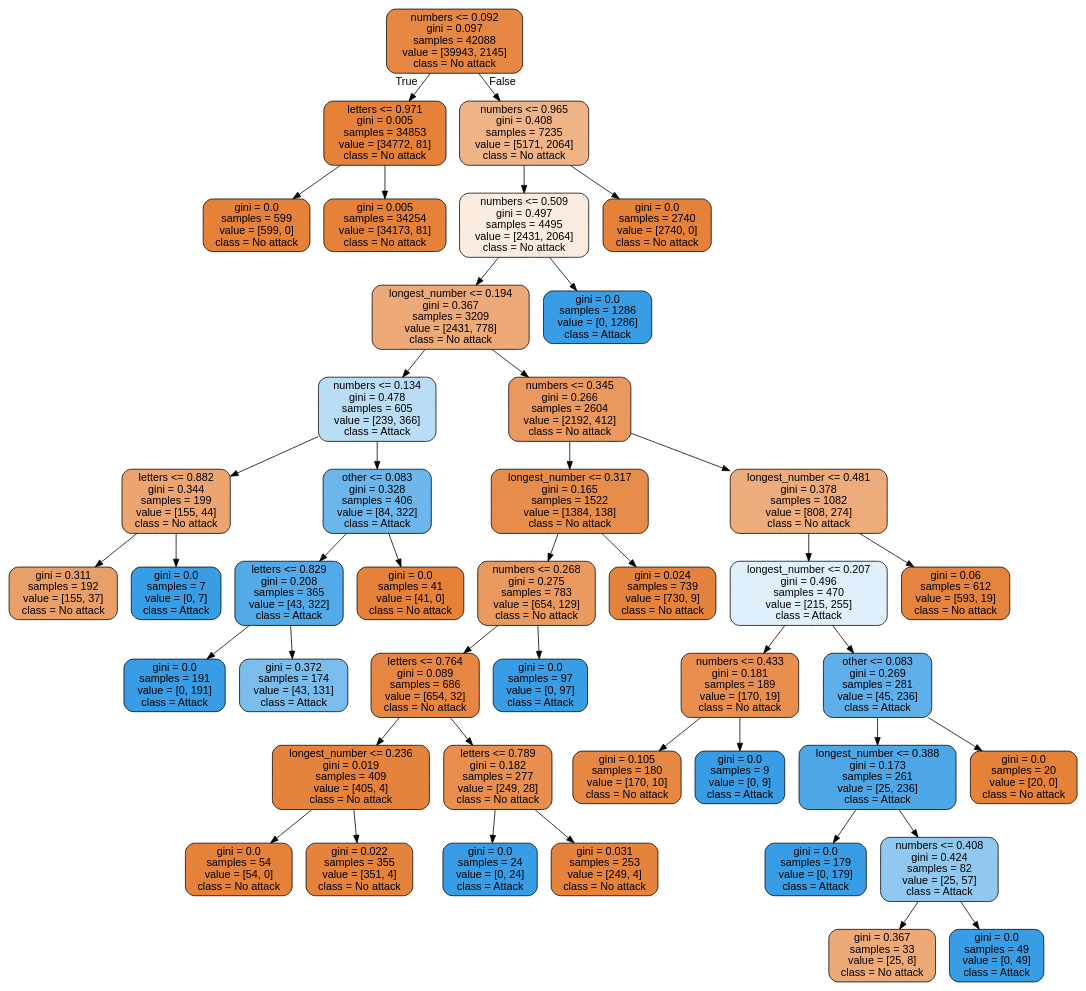
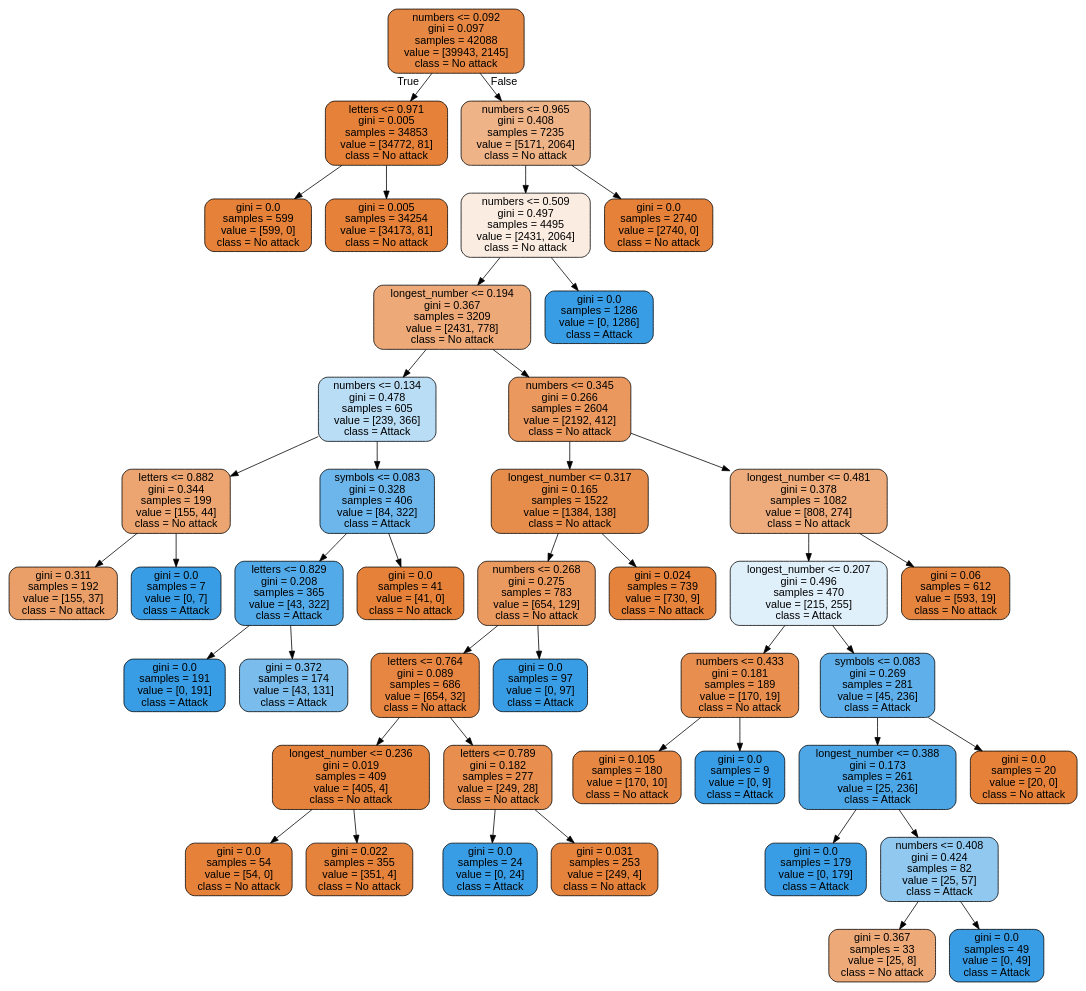
The diagram in images/tree_clf_dns.dot (alejandro-g-m/DetExt), drawn with Graphviz before and after one commit. The commit also changed 27 other files, not shown here.

```diff
--- a/images/tree_clf_dns.dot
+++ b/images/tree_clf_dns.dot
@@ -1,89 +1,89 @@
 digraph Tree {
 node [shape=box, style="filled, rounded", color="black", fontname=helvetica] ;
 edge [fontname=helvetica] ;
 0 [label="numbers <= 0.092\ngini = 0.097\nsamples = 42088\nvalue = [39943, 2145]\nclass = No attack", fillcolor="#e58139f1"] ;
 1 [label="letters <= 0.971\ngini = 0.005\nsamples = 34853\nvalue = [34772, 81]\nclass = No attack", fillcolor="#e58139fe"] ;
 0 -> 1 [labeldistance=2.5, labelangle=45, headlabel="True"] ;
 2 [label="gini = 0.0\nsamples = 599\nvalue = [599, 0]\nclass = No attack", fillcolor="#e58139ff"] ;
 1 -> 2 ;
 3 [label="gini = 0.005\nsamples = 34254\nvalue = [34173, 81]\nclass = No attack", fillcolor="#e58139fe"] ;
 1 -> 3 ;
 4 [label="numbers <= 0.965\ngini = 0.408\nsamples = 7235\nvalue = [5171, 2064]\nclass = No attack", fillcolor="#e5813999"] ;
 0 -> 4 [labeldistance=2.5, labelangle=-45, headlabel="False"] ;
 5 [label="numbers <= 0.509\ngini = 0.497\nsamples = 4495\nvalue = [2431, 2064]\nclass = No attack", fillcolor="#e5813926"] ;
 4 -> 5 ;
 6 [label="longest_number <= 0.194\ngini = 0.367\nsamples = 3209\nvalue = [2431, 778]\nclass = No attack", fillcolor="#e58139ad"] ;
 5 -> 6 ;
 7 [label="numbers <= 0.134\ngini = 0.478\nsamples = 605\nvalue = [239, 366]\nclass = Attack", fillcolor="#399de558"] ;
 6 -> 7 ;
 8 [label="letters <= 0.882\ngini = 0.344\nsamples = 199\nvalue = [155, 44]\nclass = No attack", fillcolor="#e58139b7"] ;
 7 -> 8 ;
 9 [label="gini = 0.311\nsamples = 192\nvalue = [155, 37]\nclass = No attack", fillcolor="#e58139c2"] ;
 8 -> 9 ;
 10 [label="gini = 0.0\nsamples = 7\nvalue = [0, 7]\nclass = Attack", fillcolor="#399de5ff"] ;
 8 -> 10 ;
-11 [label="other <= 0.083\ngini = 0.328\nsamples = 406\nvalue = [84, 322]\nclass = Attack", fillcolor="#399de5bc"] ;
+11 [label="symbols <= 0.083\ngini = 0.328\nsamples = 406\nvalue = [84, 322]\nclass = Attack", fillcolor="#399de5bc"] ;
 7 -> 11 ;
 12 [label="letters <= 0.829\ngini = 0.208\nsamples = 365\nvalue = [43, 322]\nclass = Attack", fillcolor="#399de5dd"] ;
 11 -> 12 ;
 13 [label="gini = 0.0\nsamples = 191\nvalue = [0, 191]\nclass = Attack", fillcolor="#399de5ff"] ;
 12 -> 13 ;
 14 [label="gini = 0.372\nsamples = 174\nvalue = [43, 131]\nclass = Attack", fillcolor="#399de5ab"] ;
 12 -> 14 ;
 15 [label="gini = 0.0\nsamples = 41\nvalue = [41, 0]\nclass = No attack", fillcolor="#e58139ff"] ;
 11 -> 15 ;
 16 [label="numbers <= 0.345\ngini = 0.266\nsamples = 2604\nvalue = [2192, 412]\nclass = No attack", fillcolor="#e58139cf"] ;
 6 -> 16 ;
 17 [label="longest_number <= 0.317\ngini = 0.165\nsamples = 1522\nvalue = [1384, 138]\nclass = No attack", fillcolor="#e58139e6"] ;
 16 -> 17 ;
 18 [label="numbers <= 0.268\ngini = 0.275\nsamples = 783\nvalue = [654, 129]\nclass = No attack", fillcolor="#e58139cd"] ;
 17 -> 18 ;
 19 [label="letters <= 0.764\ngini = 0.089\nsamples = 686\nvalue = [654, 32]\nclass = No attack", fillcolor="#e58139f3"] ;
 18 -> 19 ;
 20 [label="longest_number <= 0.236\ngini = 0.019\nsamples = 409\nvalue = [405, 4]\nclass = No attack", fillcolor="#e58139fc"] ;
 19 -> 20 ;
 21 [label="gini = 0.0\nsamples = 54\nvalue = [54, 0]\nclass = No attack", fillcolor="#e58139ff"] ;
 20 -> 21 ;
 22 [label="gini = 0.022\nsamples = 355\nvalue = [351, 4]\nclass = No attack", fillcolor="#e58139fc"] ;
 20 -> 22 ;
 23 [label="letters <= 0.789\ngini = 0.182\nsamples = 277\nvalue = [249, 28]\nclass = No attack", fillcolor="#e58139e2"] ;
 19 -> 23 ;
 24 [label="gini = 0.0\nsamples = 24\nvalue = [0, 24]\nclass = Attack", fillcolor="#399de5ff"] ;
 23 -> 24 ;
 25 [label="gini = 0.031\nsamples = 253\nvalue = [249, 4]\nclass = No attack", fillcolor="#e58139fb"] ;
 23 -> 25 ;
 26 [label="gini = 0.0\nsamples = 97\nvalue = [0, 97]\nclass = Attack", fillcolor="#399de5ff"] ;
 18 -> 26 ;
 27 [label="gini = 0.024\nsamples = 739\nvalue = [730, 9]\nclass = No attack", fillcolor="#e58139fc"] ;
 17 -> 27 ;
 28 [label="longest_number <= 0.481\ngini = 0.378\nsamples = 1082\nvalue = [808, 274]\nclass = No attack", fillcolor="#e58139a9"] ;
 16 -> 28 ;
 29 [label="longest_number <= 0.207\ngini = 0.496\nsamples = 470\nvalue = [215, 255]\nclass = Attack", fillcolor="#399de528"] ;
 28 -> 29 ;
 30 [label="numbers <= 0.433\ngini = 0.181\nsamples = 189\nvalue = [170, 19]\nclass = No attack", fillcolor="#e58139e2"] ;
 29 -> 30 ;
 31 [label="gini = 0.105\nsamples = 180\nvalue = [170, 10]\nclass = No attack", fillcolor="#e58139f0"] ;
 30 -> 31 ;
 32 [label="gini = 0.0\nsamples = 9\nvalue = [0, 9]\nclass = Attack", fillcolor="#399de5ff"] ;
 30 -> 32 ;
-33 [label="other <= 0.083\ngini = 0.269\nsamples = 281\nvalue = [45, 236]\nclass = Attack", fillcolor="#399de5ce"] ;
+33 [label="symbols <= 0.083\ngini = 0.269\nsamples = 281\nvalue = [45, 236]\nclass = Attack", fillcolor="#399de5ce"] ;
 29 -> 33 ;
 34 [label="longest_number <= 0.388\ngini = 0.173\nsamples = 261\nvalue = [25, 236]\nclass = Attack", fillcolor="#399de5e4"] ;
 33 -> 34 ;
 35 [label="gini = 0.0\nsamples = 179\nvalue = [0, 179]\nclass = Attack", fillcolor="#399de5ff"] ;
 34 -> 35 ;
 36 [label="numbers <= 0.408\ngini = 0.424\nsamples = 82\nvalue = [25, 57]\nclass = Attack", fillcolor="#399de58f"] ;
 34 -> 36 ;
 37 [label="gini = 0.367\nsamples = 33\nvalue = [25, 8]\nclass = No attack", fillcolor="#e58139ad"] ;
 36 -> 37 ;
 38 [label="gini = 0.0\nsamples = 49\nvalue = [0, 49]\nclass = Attack", fillcolor="#399de5ff"] ;
 36 -> 38 ;
 39 [label="gini = 0.0\nsamples = 20\nvalue = [20, 0]\nclass = No attack", fillcolor="#e58139ff"] ;
 33 -> 39 ;
 40 [label="gini = 0.06\nsamples = 612\nvalue = [593, 19]\nclass = No attack", fillcolor="#e58139f7"] ;
 28 -> 40 ;
 41 [label="gini = 0.0\nsamples = 1286\nvalue = [0, 1286]\nclass = Attack", fillcolor="#399de5ff"] ;
 5 -> 41 ;
 42 [label="gini = 0.0\nsamples = 2740\nvalue = [2740, 0]\nclass = No attack", fillcolor="#e58139ff"] ;
 4 -> 42 ;
 }
```
